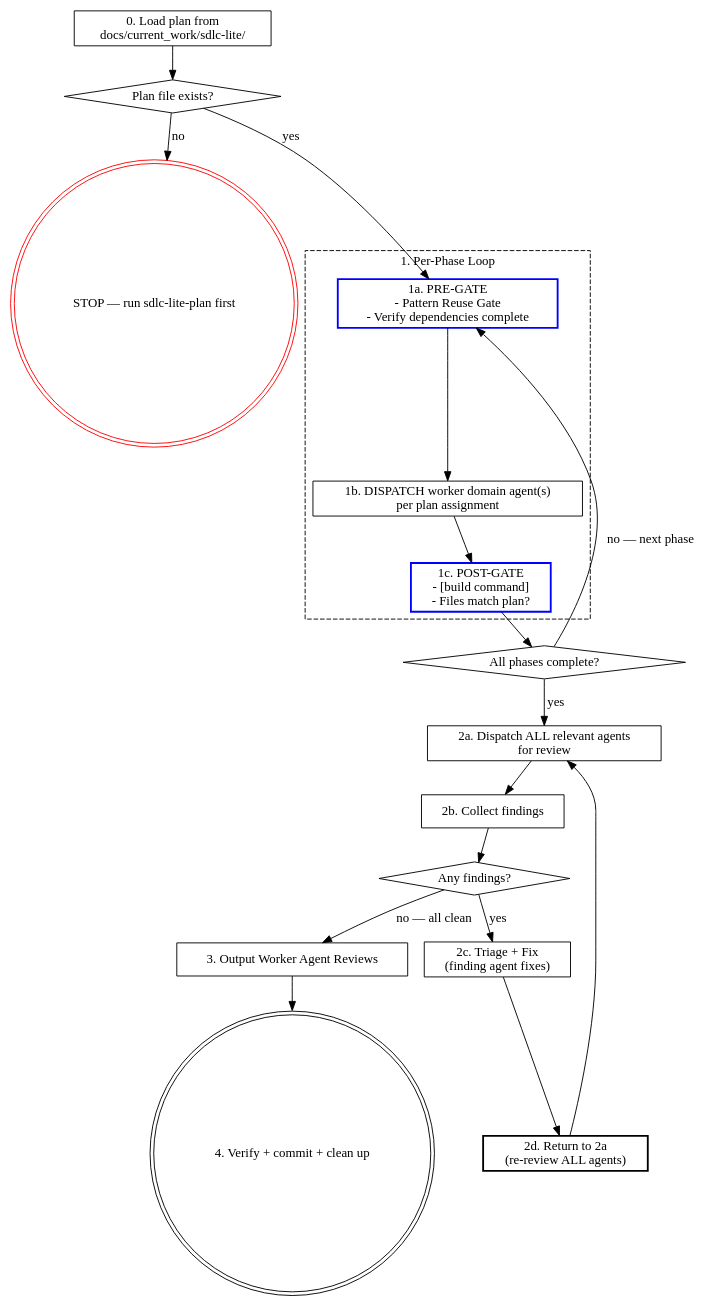
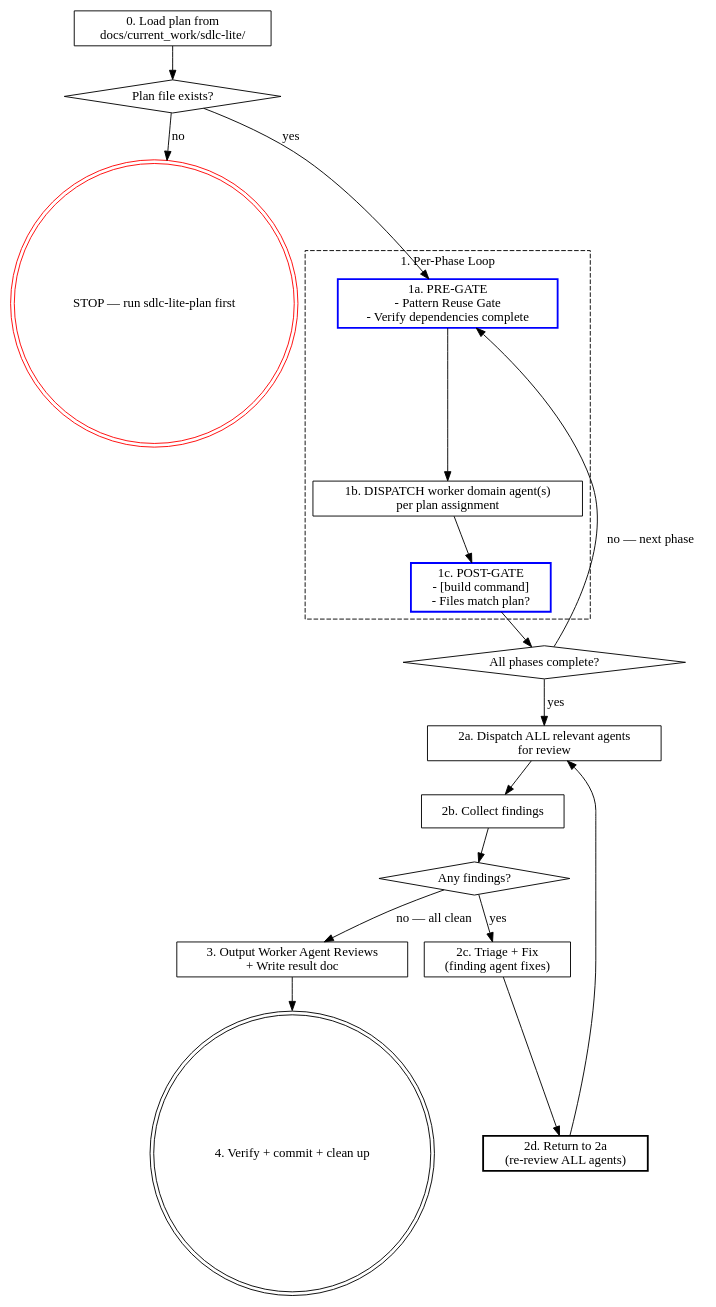
One commit to Inpacchi/cc-sdlc changed the diagram in skills/sdlc-lite-execute/SKILL.md. Above: the diagram before and after it, drawn with Graphviz. The commit also changed other lines of this file and 8 other files, not shown here.

````diff
--- a/skills/sdlc-lite-execute/SKILL.md
+++ b/skills/sdlc-lite-execute/SKILL.md
@@ -21,43 +21,43 @@
 ```dot
 digraph sdlc_lite_execution {
     rankdir=TB;
 
     "0. Load plan from\ndocs/current_work/sdlc-lite/" [shape=box];
     "Plan file exists?" [shape=diamond];
     "STOP — run sdlc-lite-plan first" [shape=doublecircle, color=red];
 
     subgraph cluster_phase_loop {
         label="1. Per-Phase Loop";
         style=dashed;
 
         "1a. PRE-GATE\n- Pattern Reuse Gate\n- Verify dependencies complete" [shape=box, style=bold, color=blue];
         "1b. DISPATCH worker domain agent(s)\nper plan assignment" [shape=box];
         "1c. POST-GATE\n- [build command]\n- Files match plan?" [shape=box, style=bold, color=blue];
     }
 
     "All phases complete?" [shape=diamond];
     "2a. Dispatch ALL relevant agents\nfor review" [shape=box];
     "2b. Collect findings" [shape=box];
     "Any findings?" [shape=diamond];
     "2c. Triage + Fix\n(finding agent fixes)" [shape=box];
     "2d. Return to 2a\n(re-review ALL agents)" [shape=box, style=bold];
-    "3. Output Worker Agent Reviews" [shape=box];
+    "3. Output Worker Agent Reviews\n+ Write result doc" [shape=box];
     "4. Verify + commit + clean up" [shape=doublecircle];
 
     "0. Load plan from\ndocs/current_work/sdlc-lite/" -> "Plan file exists?";
     "Plan file exists?" -> "STOP — run sdlc-lite-plan first" [label="no"];
     "Plan file exists?" -> "1a. PRE-GATE\n- Pattern Reuse Gate\n- Verify dependencies complete" [label="yes"];
     "1a. PRE-GATE\n- Pattern Reuse Gate\n- Verify dependencies complete" -> "1b. DISPATCH worker domain agent(s)\nper plan assignment";
     "1b. DISPATCH worker domain agent(s)\nper plan assignment" -> "1c. POST-GATE\n- [build command]\n- Files match plan?";
     "1c. POST-GATE\n- [build command]\n- Files match plan?" -> "All phases complete?";
     "All phases complete?" -> "1a. PRE-GATE\n- Pattern Reuse Gate\n- Verify dependencies complete" [label="no — next phase"];
     "All phases complete?" -> "2a. Dispatch ALL relevant agents\nfor review" [label="yes"];
     "2a. Dispatch ALL relevant agents\nfor review" -> "2b. Collect findings";
     "2b. Collect findings" -> "Any findings?";
     "Any findings?" -> "2c. Triage + Fix\n(finding agent fixes)" [label="yes"];
     "2c. Triage + Fix\n(finding agent fixes)" -> "2d. Return to 2a\n(re-review ALL agents)";
     "2d. Return to 2a\n(re-review ALL agents)" -> "2a. Dispatch ALL relevant agents\nfor review";
-    "Any findings?" -> "3. Output Worker Agent Reviews" [label="no — all clean"];
-    "3. Output Worker Agent Reviews" -> "4. Verify + commit + clean up";
+    "Any findings?" -> "3. Output Worker Agent Reviews\n+ Write result doc" [label="no — all clean"];
+    "3. Output Worker Agent Reviews\n+ Write result doc" -> "4. Verify + commit + clean up";
 }
 ```
````
